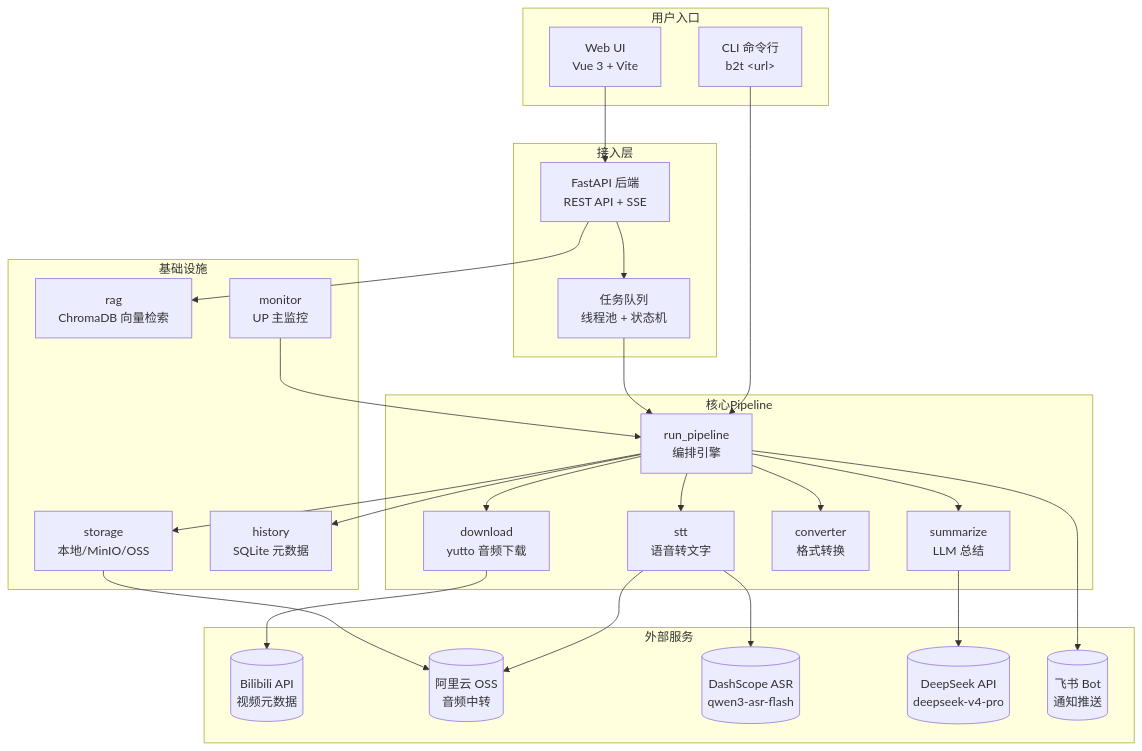
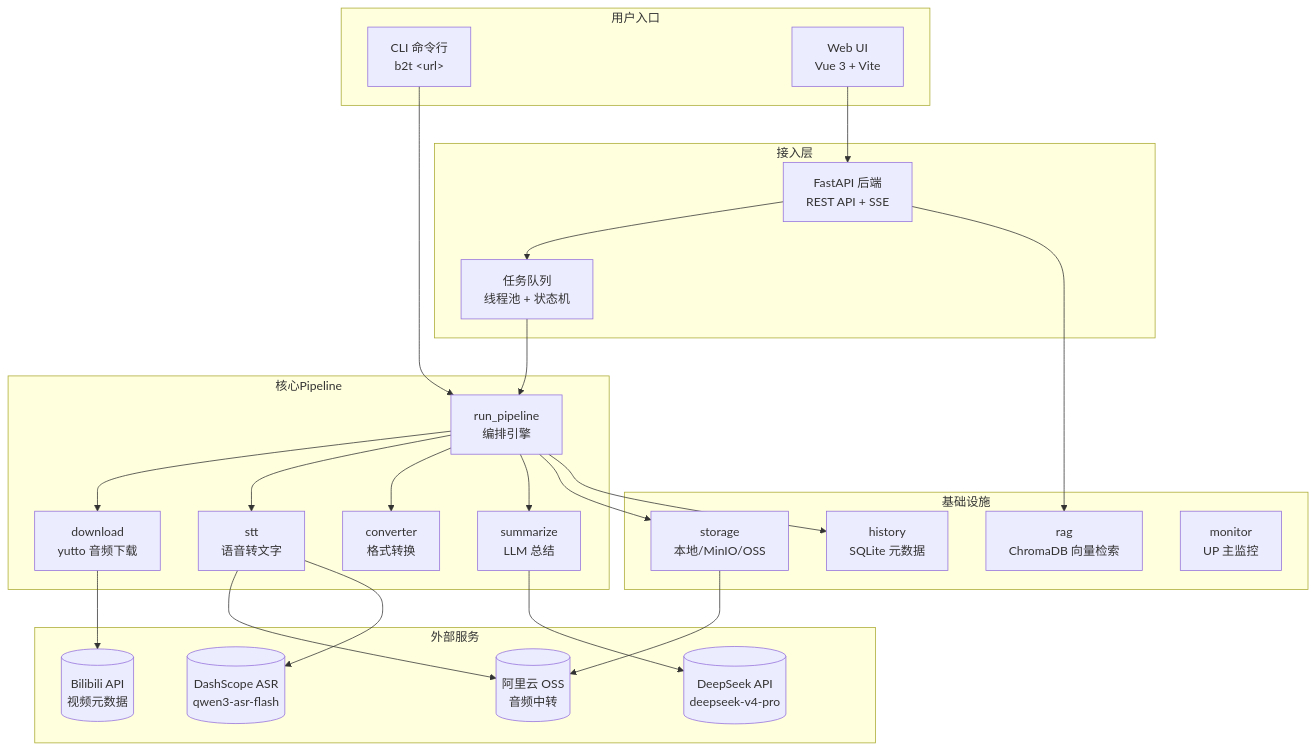
The first of 2 diagrams in docs/architecture.md (KKKZOZ/bilibili2text), drawn with Mermaid before and after one commit. The commit also changed other lines of this file and 43 other files, not shown here.

````diff
--- a/docs/architecture.md
+++ b/docs/architecture.md
@@ -5,47 +5,45 @@
 ```mermaid
 graph TB
     subgraph 用户入口
         CLI[CLI 命令行<br/>b2t &lt;url&gt;]
         WEB[Web UI<br/>Vue 3 + Vite]
     end
 
     subgraph 接入层
         API[FastAPI 后端<br/>REST API + SSE]
         JOB[任务队列<br/>线程池 + 状态机]
     end
 
     subgraph 核心Pipeline
         PIPE[run_pipeline<br/>编排引擎]
         DL[download<br/>yutto 音频下载]
         STT[stt<br/>语音转文字]
         CNV[converter<br/>格式转换]
         SUM[summarize<br/>LLM 总结]
     end
 
     subgraph 基础设施
         STORE[storage<br/>本地/MinIO/OSS]
         RAG[rag<br/>ChromaDB 向量检索]
         HIST[history<br/>SQLite 元数据]
         MON[monitor<br/>UP 主监控]
     end
 
     subgraph 外部服务
         BILI[(Bilibili API<br/>视频元数据)]
         ASR_OSS[(阿里云 OSS<br/>音频中转)]
         ASR_API[(DashScope ASR<br/>qwen3-asr-flash)]
         LLM_API[(DeepSeek API<br/>deepseek-v4-pro)]
-        FS[(飞书 Bot<br/>通知推送)]
     end
 
     CLI --> PIPE
     WEB --> API --> JOB --> PIPE
     PIPE --> DL --> BILI
     PIPE --> STT --> ASR_OSS
     STT --> ASR_API
     PIPE --> CNV
     PIPE --> SUM --> LLM_API
     PIPE --> STORE --> ASR_OSS
     PIPE --> HIST
     API --> RAG
-    MON --> PIPE --> FS
 ```
````
